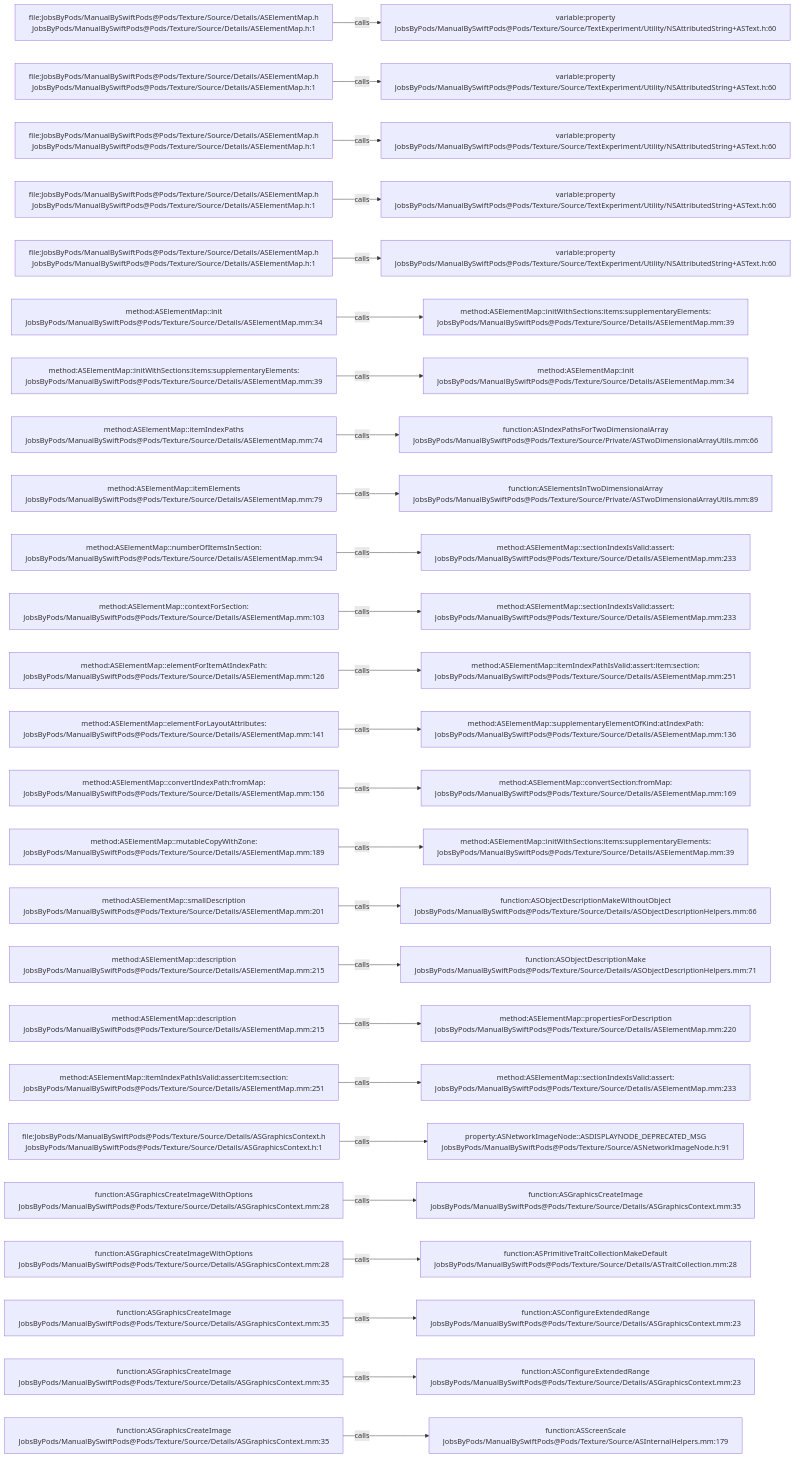
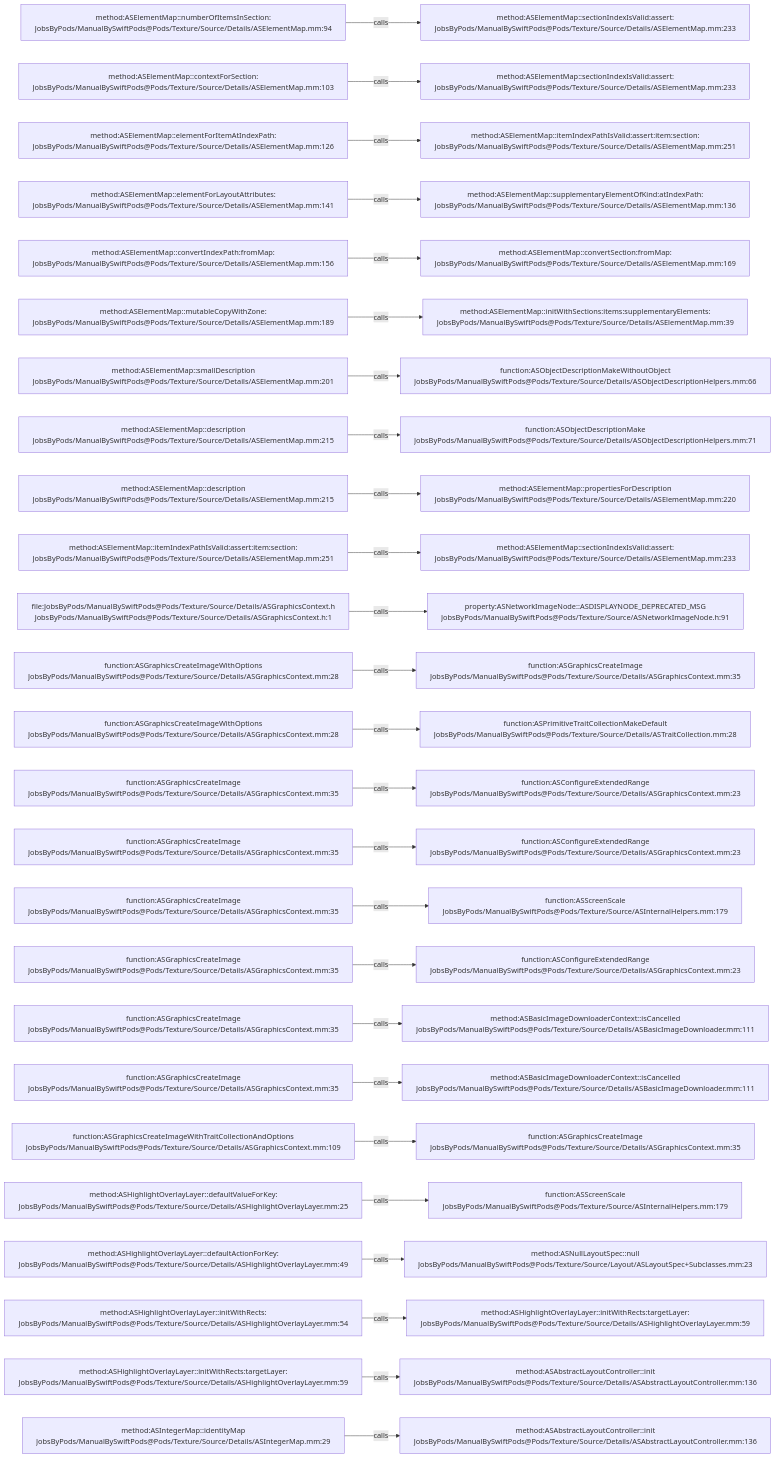
One commit to JobsKits/JobsSwiftBaseConfigDemo changed the diagram in .codegraph/codegraph.md/graphs/calls-088.md. Above: the diagram before and after it, drawn with Mermaid. The commit also changed 707 other files, not shown here.

````diff
--- a/.codegraph/codegraph.md/graphs/calls-088.md
+++ b/.codegraph/codegraph.md/graphs/calls-088.md
@@ -13,78 +13,78 @@
 ```mermaid
 flowchart LR
-  S1["file:JobsByPods/ManualBySwiftPods@Pods/Texture/Source/Details/ASElementMap.h<br/>JobsByPods/ManualBySwiftPods@Pods/Texture/Source/Details/ASElementMap.h:1"]
-  T1["variable:property<br/>JobsByPods/ManualBySwiftPods@Pods/Texture/Source/TextExperiment/Utility/NSAttributedString+ASText.h:60"]
+  S1["method:ASElementMap::numberOfItemsInSection:<br/>JobsByPods/ManualBySwiftPods@Pods/Texture/Source/Details/ASElementMap.mm:94"]
+  T1["method:ASElementMap::sectionIndexIsValid:assert:<br/>JobsByPods/ManualBySwiftPods@Pods/Texture/Source/Details/ASElementMap.mm:233"]
   S1 -->|calls| T1
-  S2["file:JobsByPods/ManualBySwiftPods@Pods/Texture/Source/Details/ASElementMap.h<br/>JobsByPods/ManualBySwiftPods@Pods/Texture/Source/Details/ASElementMap.h:1"]
-  T2["variable:property<br/>JobsByPods/ManualBySwiftPods@Pods/Texture/Source/TextExperiment/Utility/NSAttributedString+ASText.h:60"]
+  S2["method:ASElementMap::contextForSection:<br/>JobsByPods/ManualBySwiftPods@Pods/Texture/Source/Details/ASElementMap.mm:103"]
+  T2["method:ASElementMap::sectionIndexIsValid:assert:<br/>JobsByPods/ManualBySwiftPods@Pods/Texture/Source/Details/ASElementMap.mm:233"]
   S2 -->|calls| T2
-  S3["file:JobsByPods/ManualBySwiftPods@Pods/Texture/Source/Details/ASElementMap.h<br/>JobsByPods/ManualBySwiftPods@Pods/Texture/Source/Details/ASElementMap.h:1"]
-  T3["variable:property<br/>JobsByPods/ManualBySwiftPods@Pods/Texture/Source/TextExperiment/Utility/NSAttributedString+ASText.h:60"]
+  S3["method:ASElementMap::elementForItemAtIndexPath:<br/>JobsByPods/ManualBySwiftPods@Pods/Texture/Source/Details/ASElementMap.mm:126"]
+  T3["method:ASElementMap::itemIndexPathIsValid:assert:item:section:<br/>JobsByPods/ManualBySwiftPods@Pods/Texture/Source/Details/ASElementMap.mm:251"]
   S3 -->|calls| T3
-  S4["file:JobsByPods/ManualBySwiftPods@Pods/Texture/Source/Details/ASElementMap.h<br/>JobsByPods/ManualBySwiftPods@Pods/Texture/Source/Details/ASElementMap.h:1"]
-  T4["variable:property<br/>JobsByPods/ManualBySwiftPods@Pods/Texture/Source/TextExperiment/Utility/NSAttributedString+ASText.h:60"]
+  S4["method:ASElementMap::elementForLayoutAttributes:<br/>JobsByPods/ManualBySwiftPods@Pods/Texture/Source/Details/ASElementMap.mm:141"]
+  T4["method:ASElementMap::supplementaryElementOfKind:atIndexPath:<br/>JobsByPods/ManualBySwiftPods@Pods/Texture/Source/Details/ASElementMap.mm:136"]
   S4 -->|calls| T4
-  S5["file:JobsByPods/ManualBySwiftPods@Pods/Texture/Source/Details/ASElementMap.h<br/>JobsByPods/ManualBySwiftPods@Pods/Texture/Source/Details/ASElementMap.h:1"]
-  T5["variable:property<br/>JobsByPods/ManualBySwiftPods@Pods/Texture/Source/TextExperiment/Utility/NSAttributedString+ASText.h:60"]
+  S5["method:ASElementMap::convertIndexPath:fromMap:<br/>JobsByPods/ManualBySwiftPods@Pods/Texture/Source/Details/ASElementMap.mm:156"]
+  T5["method:ASElementMap::convertSection:fromMap:<br/>JobsByPods/ManualBySwiftPods@Pods/Texture/Source/Details/ASElementMap.mm:169"]
   S5 -->|calls| T5
-  S6["method:ASElementMap::init<br/>JobsByPods/ManualBySwiftPods@Pods/Texture/Source/Details/ASElementMap.mm:34"]
+  S6["method:ASElementMap::mutableCopyWithZone:<br/>JobsByPods/ManualBySwiftPods@Pods/Texture/Source/Details/ASElementMap.mm:189"]
   T6["method:ASElementMap::initWithSections:items:supplementaryElements:<br/>JobsByPods/ManualBySwiftPods@Pods/Texture/Source/Details/ASElementMap.mm:39"]
   S6 -->|calls| T6
-  S7["method:ASElementMap::initWithSections:items:supplementaryElements:<br/>JobsByPods/ManualBySwiftPods@Pods/Texture/Source/Details/ASElementMap.mm:39"]
-  T7["method:ASElementMap::init<br/>JobsByPods/ManualBySwiftPods@Pods/Texture/Source/Details/ASElementMap.mm:34"]
+  S7["method:ASElementMap::smallDescription<br/>JobsByPods/ManualBySwiftPods@Pods/Texture/Source/Details/ASElementMap.mm:201"]
+  T7["function:ASObjectDescriptionMakeWithoutObject<br/>JobsByPods/ManualBySwiftPods@Pods/Texture/Source/Details/ASObjectDescriptionHelpers.mm:66"]
   S7 -->|calls| T7
-  S8["method:ASElementMap::itemIndexPaths<br/>JobsByPods/ManualBySwiftPods@Pods/Texture/Source/Details/ASElementMap.mm:74"]
-  T8["function:ASIndexPathsForTwoDimensionalArray<br/>JobsByPods/ManualBySwiftPods@Pods/Texture/Source/Private/ASTwoDimensionalArrayUtils.mm:66"]
+  S8["method:ASElementMap::description<br/>JobsByPods/ManualBySwiftPods@Pods/Texture/Source/Details/ASElementMap.mm:215"]
+  T8["function:ASObjectDescriptionMake<br/>JobsByPods/ManualBySwiftPods@Pods/Texture/Source/Details/ASObjectDescriptionHelpers.mm:71"]
   S8 -->|calls| T8
-  S9["method:ASElementMap::itemElements<br/>JobsByPods/ManualBySwiftPods@Pods/Texture/Source/Details/ASElementMap.mm:79"]
-  T9["function:ASElementsInTwoDimensionalArray<br/>JobsByPods/ManualBySwiftPods@Pods/Texture/Source/Private/ASTwoDimensionalArrayUtils.mm:89"]
+  S9["method:ASElementMap::description<br/>JobsByPods/ManualBySwiftPods@Pods/Texture/Source/Details/ASElementMap.mm:215"]
+  T9["method:ASElementMap::propertiesForDescription<br/>JobsByPods/ManualBySwiftPods@Pods/Texture/Source/Details/ASElementMap.mm:220"]
   S9 -->|calls| T9
-  S10["method:ASElementMap::numberOfItemsInSection:<br/>JobsByPods/ManualBySwiftPods@Pods/Texture/Source/Details/ASElementMap.mm:94"]
+  S10["method:ASElementMap::itemIndexPathIsValid:assert:item:section:<br/>JobsByPods/ManualBySwiftPods@Pods/Texture/Source/Details/ASElementMap.mm:251"]
   T10["method:ASElementMap::sectionIndexIsValid:assert:<br/>JobsByPods/ManualBySwiftPods@Pods/Texture/Source/Details/ASElementMap.mm:233"]
   S10 -->|calls| T10
-  S11["method:ASElementMap::contextForSection:<br/>JobsByPods/ManualBySwiftPods@Pods/Texture/Source/Details/ASElementMap.mm:103"]
-  T11["method:ASElementMap::sectionIndexIsValid:assert:<br/>JobsByPods/ManualBySwiftPods@Pods/Texture/Source/Details/ASElementMap.mm:233"]
+  S11["file:JobsByPods/ManualBySwiftPods@Pods/Texture/Source/Details/ASGraphicsContext.h<br/>JobsByPods/ManualBySwiftPods@Pods/Texture/Source/Details/ASGraphicsContext.h:1"]
+  T11["property:ASNetworkImageNode::ASDISPLAYNODE_DEPRECATED_MSG<br/>JobsByPods/ManualBySwiftPods@Pods/Texture/Source/ASNetworkImageNode.h:91"]
   S11 -->|calls| T11
-  S12["method:ASElementMap::elementForItemAtIndexPath:<br/>JobsByPods/ManualBySwiftPods@Pods/Texture/Source/Details/ASElementMap.mm:126"]
-  T12["method:ASElementMap::itemIndexPathIsValid:assert:item:section:<br/>JobsByPods/ManualBySwiftPods@Pods/Texture/Source/Details/ASElementMap.mm:251"]
+  S12["function:ASGraphicsCreateImageWithOptions<br/>JobsByPods/ManualBySwiftPods@Pods/Texture/Source/Details/ASGraphicsContext.mm:28"]
+  T12["function:ASGraphicsCreateImage<br/>JobsByPods/ManualBySwiftPods@Pods/Texture/Source/Details/ASGraphicsContext.mm:35"]
   S12 -->|calls| T12
-  S13["method:ASElementMap::elementForLayoutAttributes:<br/>JobsByPods/ManualBySwiftPods@Pods/Texture/Source/Details/ASElementMap.mm:141"]
-  T13["method:ASElementMap::supplementaryElementOfKind:atIndexPath:<br/>JobsByPods/ManualBySwiftPods@Pods/Texture/Source/Details/ASElementMap.mm:136"]
+  S13["function:ASGraphicsCreateImageWithOptions<br/>JobsByPods/ManualBySwiftPods@Pods/Texture/Source/Details/ASGraphicsContext.mm:28"]
+  T13["function:ASPrimitiveTraitCollectionMakeDefault<br/>JobsByPods/ManualBySwiftPods@Pods/Texture/Source/Details/ASTraitCollection.mm:28"]
   S13 -->|calls| T13
-  S14["method:ASElementMap::convertIndexPath:fromMap:<br/>JobsByPods/ManualBySwiftPods@Pods/Texture/Source/Details/ASElementMap.mm:156"]
-  T14["method:ASElementMap::convertSection:fromMap:<br/>JobsByPods/ManualBySwiftPods@Pods/Texture/Source/Details/ASElementMap.mm:169"]
+  S14["function:ASGraphicsCreateImage<br/>JobsByPods/ManualBySwiftPods@Pods/Texture/Source/Details/ASGraphicsContext.mm:35"]
+  T14["function:ASConfigureExtendedRange<br/>JobsByPods/ManualBySwiftPods@Pods/Texture/Source/Details/ASGraphicsContext.mm:23"]
   S14 -->|calls| T14
-  S15["method:ASElementMap::mutableCopyWithZone:<br/>JobsByPods/ManualBySwiftPods@Pods/Texture/Source/Details/ASElementMap.mm:189"]
-  T15["method:ASElementMap::initWithSections:items:supplementaryElements:<br/>JobsByPods/ManualBySwiftPods@Pods/Texture/Source/Details/ASElementMap.mm:39"]
+  S15["function:ASGraphicsCreateImage<br/>JobsByPods/ManualBySwiftPods@Pods/Texture/Source/Details/ASGraphicsContext.mm:35"]
+  T15["function:ASConfigureExtendedRange<br/>JobsByPods/ManualBySwiftPods@Pods/Texture/Source/Details/ASGraphicsContext.mm:23"]
   S15 -->|calls| T15
-  S16["method:ASElementMap::smallDescription<br/>JobsByPods/ManualBySwiftPods@Pods/Texture/Source/Details/ASElementMap.mm:201"]
-  T16["function:ASObjectDescriptionMakeWithoutObject<br/>JobsByPods/ManualBySwiftPods@Pods/Texture/Source/Details/ASObjectDescriptionHelpers.mm:66"]
+  S16["function:ASGraphicsCreateImage<br/>JobsByPods/ManualBySwiftPods@Pods/Texture/Source/Details/ASGraphicsContext.mm:35"]
+  T16["function:ASScreenScale<br/>JobsByPods/ManualBySwiftPods@Pods/Texture/Source/ASInternalHelpers.mm:179"]
   S16 -->|calls| T16
-  S17["method:ASElementMap::description<br/>JobsByPods/ManualBySwiftPods@Pods/Texture/Source/Details/ASElementMap.mm:215"]
-  T17["function:ASObjectDescriptionMake<br/>JobsByPods/ManualBySwiftPods@Pods/Texture/Source/Details/ASObjectDescriptionHelpers.mm:71"]
+  S17["function:ASGraphicsCreateImage<br/>JobsByPods/ManualBySwiftPods@Pods/Texture/Source/Details/ASGraphicsContext.mm:35"]
+  T17["function:ASConfigureExtendedRange<br/>JobsByPods/ManualBySwiftPods@Pods/Texture/Source/Details/ASGraphicsContext.mm:23"]
   S17 -->|calls| T17
-  S18["method:ASElementMap::description<br/>JobsByPods/ManualBySwiftPods@Pods/Texture/Source/Details/ASElementMap.mm:215"]
-  T18["method:ASElementMap::propertiesForDescription<br/>JobsByPods/ManualBySwiftPods@Pods/Texture/Source/Details/ASElementMap.mm:220"]
+  S18["function:ASGraphicsCreateImage<br/>JobsByPods/ManualBySwiftPods@Pods/Texture/Source/Details/ASGraphicsContext.mm:35"]
+  T18["method:ASBasicImageDownloaderContext::isCancelled<br/>JobsByPods/ManualBySwiftPods@Pods/Texture/Source/Details/ASBasicImageDownloader.mm:111"]
   S18 -->|calls| T18
-  S19["method:ASElementMap::itemIndexPathIsValid:assert:item:section:<br/>JobsByPods/ManualBySwiftPods@Pods/Texture/Source/Details/ASElementMap.mm:251"]
-  T19["method:ASElementMap::sectionIndexIsValid:assert:<br/>JobsByPods/ManualBySwiftPods@Pods/Texture/Source/Details/ASElementMap.mm:233"]
+  S19["function:ASGraphicsCreateImage<br/>JobsByPods/ManualBySwiftPods@Pods/Texture/Source/Details/ASGraphicsContext.mm:35"]
+  T19["method:ASBasicImageDownloaderContext::isCancelled<br/>JobsByPods/ManualBySwiftPods@Pods/Texture/Source/Details/ASBasicImageDownloader.mm:111"]
   S19 -->|calls| T19
-  S20["file:JobsByPods/ManualBySwiftPods@Pods/Texture/Source/Details/ASGraphicsContext.h<br/>JobsByPods/ManualBySwiftPods@Pods/Texture/Source/Details/ASGraphicsContext.h:1"]
-  T20["property:ASNetworkImageNode::ASDISPLAYNODE_DEPRECATED_MSG<br/>JobsByPods/ManualBySwiftPods@Pods/Texture/Source/ASNetworkImageNode.h:91"]
+  S20["function:ASGraphicsCreateImageWithTraitCollectionAndOptions<br/>JobsByPods/ManualBySwiftPods@Pods/Texture/Source/Details/ASGraphicsContext.mm:109"]
+  T20["function:ASGraphicsCreateImage<br/>JobsByPods/ManualBySwiftPods@Pods/Texture/Source/Details/ASGraphicsContext.mm:35"]
   S20 -->|calls| T20
-  S21["function:ASGraphicsCreateImageWithOptions<br/>JobsByPods/ManualBySwiftPods@Pods/Texture/Source/Details/ASGraphicsContext.mm:28"]
-  T21["function:ASGraphicsCreateImage<br/>JobsByPods/ManualBySwiftPods@Pods/Texture/Source/Details/ASGraphicsContext.mm:35"]
+  S21["method:ASHighlightOverlayLayer::defaultValueForKey:<br/>JobsByPods/ManualBySwiftPods@Pods/Texture/Source/Details/ASHighlightOverlayLayer.mm:25"]
+  T21["function:ASScreenScale<br/>JobsByPods/ManualBySwiftPods@Pods/Texture/Source/ASInternalHelpers.mm:179"]
   S21 -->|calls| T21
-  S22["function:ASGraphicsCreateImageWithOptions<br/>JobsByPods/ManualBySwiftPods@Pods/Texture/Source/Details/ASGraphicsContext.mm:28"]
-  T22["function:ASPrimitiveTraitCollectionMakeDefault<br/>JobsByPods/ManualBySwiftPods@Pods/Texture/Source/Details/ASTraitCollection.mm:28"]
+  S22["method:ASHighlightOverlayLayer::defaultActionForKey:<br/>JobsByPods/ManualBySwiftPods@Pods/Texture/Source/Details/ASHighlightOverlayLayer.mm:49"]
+  T22["method:ASNullLayoutSpec::null<br/>JobsByPods/ManualBySwiftPods@Pods/Texture/Source/Layout/ASLayoutSpec+Subclasses.mm:23"]
   S22 -->|calls| T22
-  S23["function:ASGraphicsCreateImage<br/>JobsByPods/ManualBySwiftPods@Pods/Texture/Source/Details/ASGraphicsContext.mm:35"]
-  T23["function:ASConfigureExtendedRange<br/>JobsByPods/ManualBySwiftPods@Pods/Texture/Source/Details/ASGraphicsContext.mm:23"]
+  S23["method:ASHighlightOverlayLayer::initWithRects:<br/>JobsByPods/ManualBySwiftPods@Pods/Texture/Source/Details/ASHighlightOverlayLayer.mm:54"]
+  T23["method:ASHighlightOverlayLayer::initWithRects:targetLayer:<br/>JobsByPods/ManualBySwiftPods@Pods/Texture/Source/Details/ASHighlightOverlayLayer.mm:59"]
   S23 -->|calls| T23
-  S24["function:ASGraphicsCreateImage<br/>JobsByPods/ManualBySwiftPods@Pods/Texture/Source/Details/ASGraphicsContext.mm:35"]
-  T24["function:ASConfigureExtendedRange<br/>JobsByPods/ManualBySwiftPods@Pods/Texture/Source/Details/ASGraphicsContext.mm:23"]
+  S24["method:ASHighlightOverlayLayer::initWithRects:targetLayer:<br/>JobsByPods/ManualBySwiftPods@Pods/Texture/Source/Details/ASHighlightOverlayLayer.mm:59"]
+  T24["method:ASAbstractLayoutController::init<br/>JobsByPods/ManualBySwiftPods@Pods/Texture/Source/Details/ASAbstractLayoutController.mm:136"]
   S24 -->|calls| T24
-  S25["function:ASGraphicsCreateImage<br/>JobsByPods/ManualBySwiftPods@Pods/Texture/Source/Details/ASGraphicsContext.mm:35"]
-  T25["function:ASScreenScale<br/>JobsByPods/ManualBySwiftPods@Pods/Texture/Source/ASInternalHelpers.mm:179"]
+  S25["method:ASIntegerMap::identityMap<br/>JobsByPods/ManualBySwiftPods@Pods/Texture/Source/Details/ASIntegerMap.mm:29"]
+  T25["method:ASAbstractLayoutController::init<br/>JobsByPods/ManualBySwiftPods@Pods/Texture/Source/Details/ASAbstractLayoutController.mm:136"]
   S25 -->|calls| T25
 ```
````
